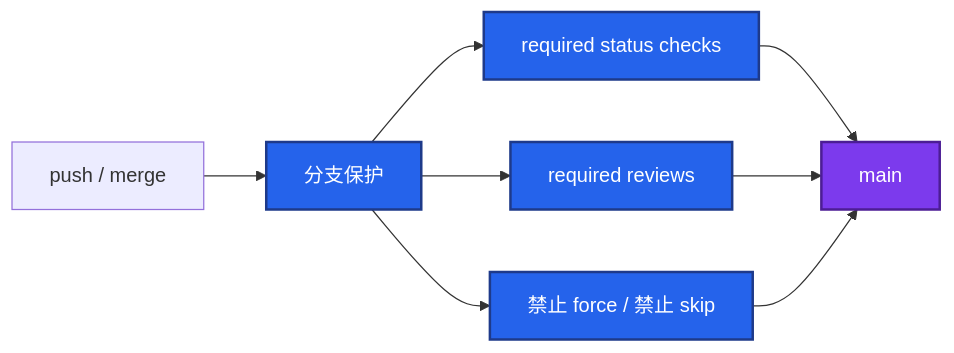
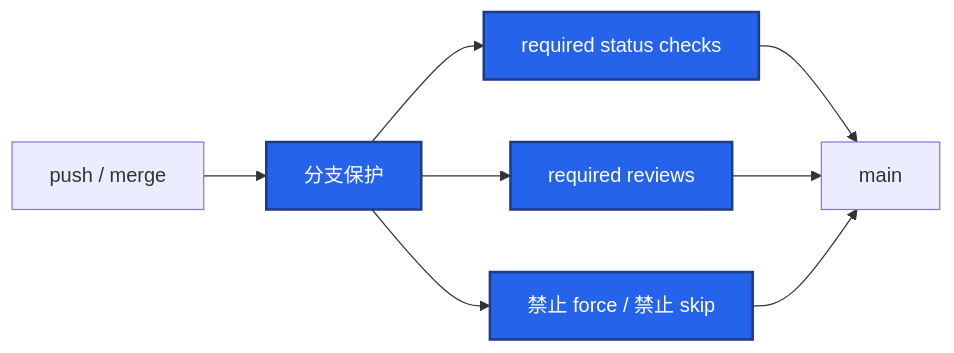
Before and after one commit to ml-cuizijun/LearnToLilith: the fifth of 7 diagrams in 05-工程化与自动化/01-Git工作流/知识点.md, drawn with Mermaid. The commit also changed other lines of this file and 107 other files, not shown here.

````diff
--- a/05-工程化与自动化/01-Git工作流/知识点.md
+++ b/05-工程化与自动化/01-Git工作流/知识点.md
@@ -342,15 +423,13 @@
 ```mermaid
 flowchart LR
     push[push / merge] --> prot[分支保护]
     prot --> ci[required status checks]
     prot --> rv[required reviews]
     prot --> nf[禁止 force / 禁止 skip]
     ci --> main[main]
     rv --> main
     nf --> main
 
     classDef a fill:#2563EB,stroke:#1E3A8A,stroke-width:2px,color:#fff
-    classDef b fill:#7C3AED,stroke:#4C1D95,stroke-width:2px,color:#fff
     class prot,ci,rv,nf a
-    class main b
 ```
````
